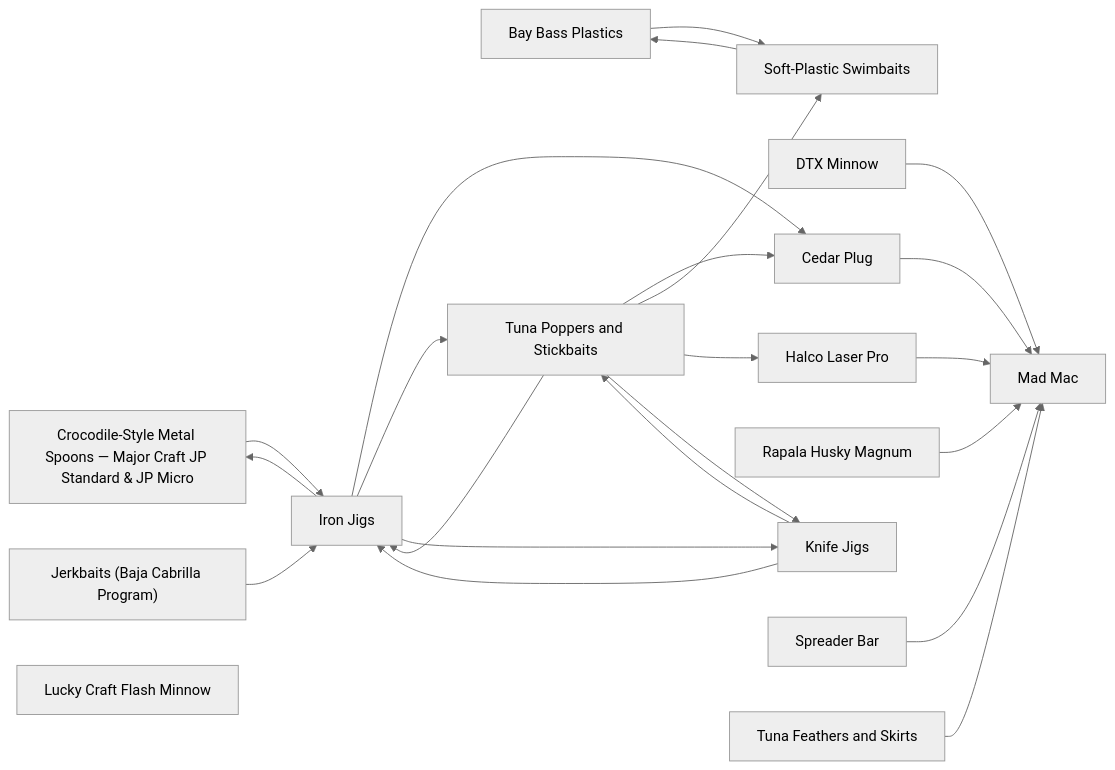
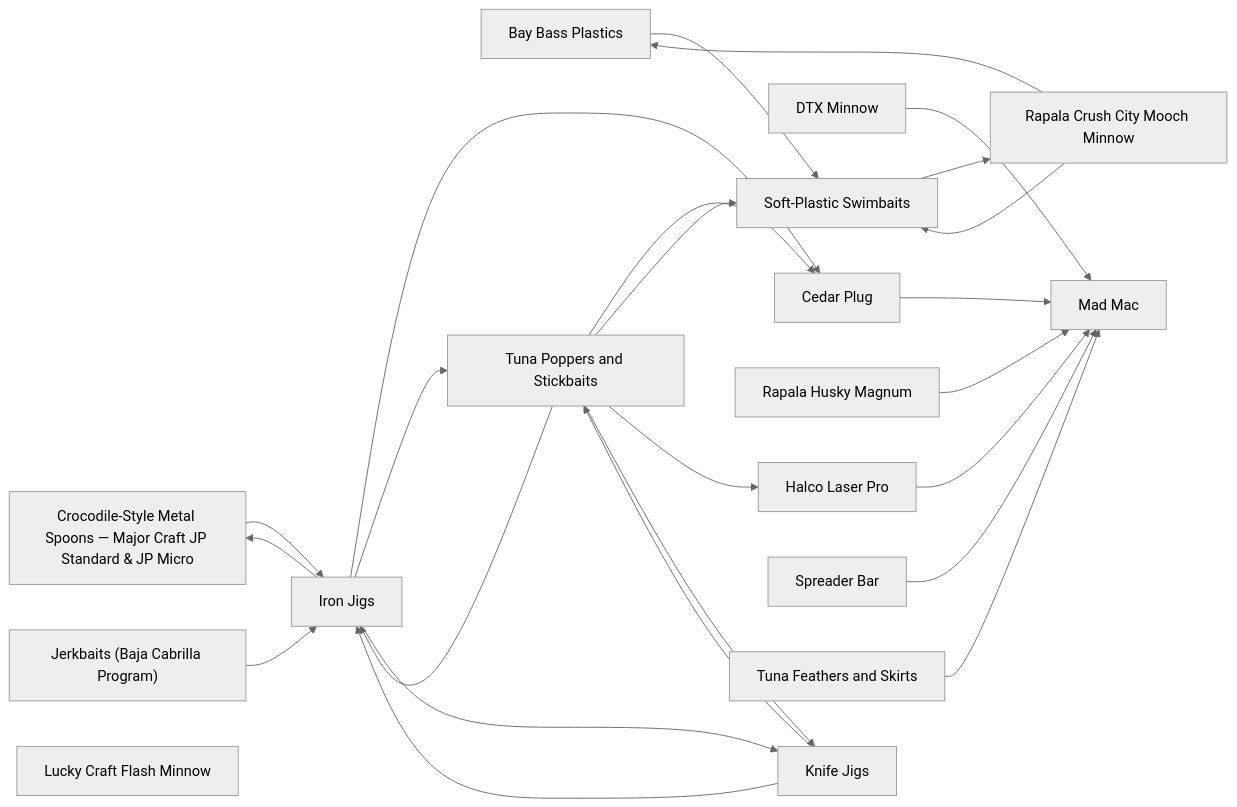
Before and after one commit to camchuckpete-max/Socal-Fishing-Knowledge: the diagram in lures/README.md, drawn with Mermaid (neutral theme). The commit also changed other lines of this file and 6 other files, not shown here.

````diff
--- a/lures/README.md
+++ b/lures/README.md
@@ -28,39 +29,42 @@
 ```mermaid
 graph LR
   n0["Bay Bass Plastics"]
   n1["Cedar Plug"]
   n2["Crocodile-Style Metal Spoons — Major Craft JP Standard & JP Micro"]
   n3["DTX Minnow"]
   n4["Halco Laser Pro"]
   n5["Iron Jigs"]
   n6["Jerkbaits (Baja Cabrilla Program)"]
   n7["Knife Jigs"]
   n8["Lucky Craft Flash Minnow"]
   n9["Mad Mac"]
-  n10["Rapala Husky Magnum"]
-  n11["Soft-Plastic Swimbaits"]
-  n12["Spreader Bar"]
-  n13["Tuna Feathers and Skirts"]
-  n14["Tuna Poppers and Stickbaits"]
-  n0 --> n11
+  n10["Rapala Crush City Mooch Minnow"]
+  n11["Rapala Husky Magnum"]
+  n12["Soft-Plastic Swimbaits"]
+  n13["Spreader Bar"]
+  n14["Tuna Feathers and Skirts"]
+  n15["Tuna Poppers and Stickbaits"]
+  n0 --> n12
   n1 --> n9
-  n10 --> n9
-  n11 --> n0
-  n12 --> n9
+  n10 --> n0
+  n10 --> n12
+  n11 --> n9
+  n12 --> n10
   n13 --> n9
-  n14 --> n1
-  n14 --> n11
-  n14 --> n4
-  n14 --> n5
-  n14 --> n7
+  n14 --> n9
+  n15 --> n1
+  n15 --> n12
+  n15 --> n4
+  n15 --> n5
+  n15 --> n7
   n2 --> n5
   n3 --> n9
   n4 --> n9
   n5 --> n1
-  n5 --> n14
+  n5 --> n15
   n5 --> n2
   n5 --> n7
   n6 --> n5
-  n7 --> n14
+  n7 --> n15
   n7 --> n5
 ```
````
